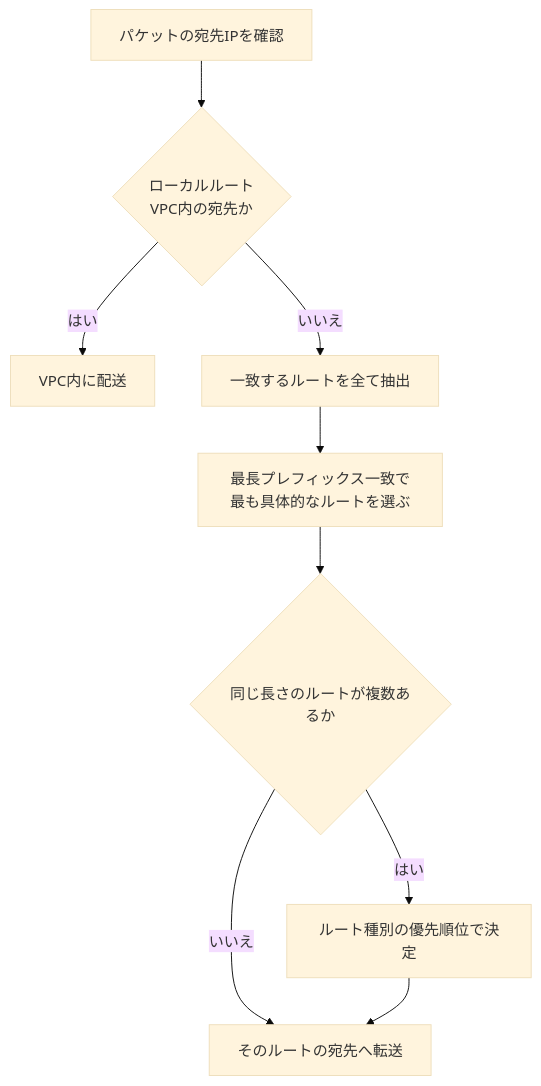
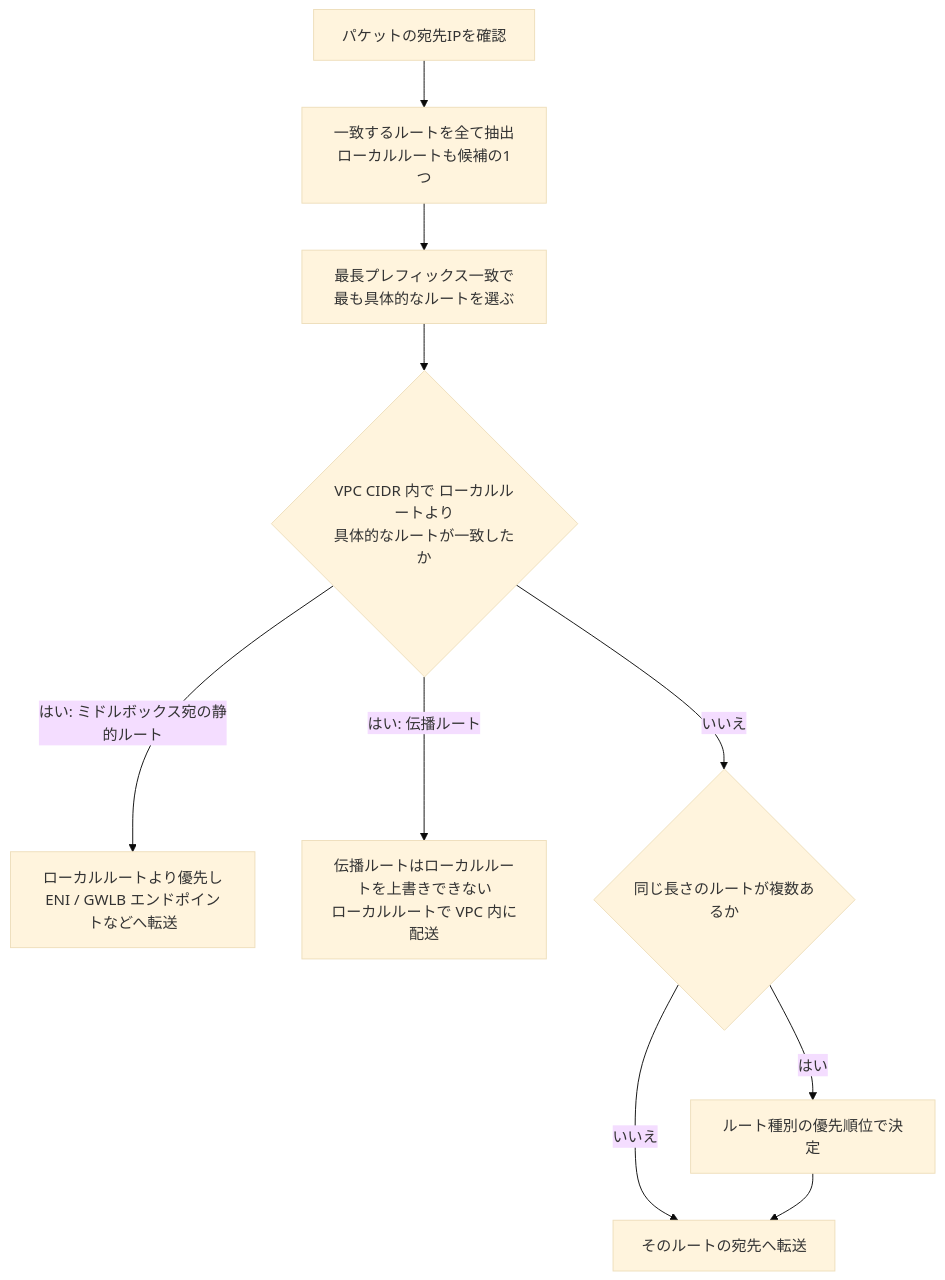
One commit to myoshi2891/Cloud-Infrastructure-and-Network-Studies changed the second of 26 diagrams in Ans-c01-domain3-network-management-operation-guide.md. Above: the diagram before and after it, drawn with Mermaid (base theme). The commit also changed 1 other file, not shown here.

Commit message:
docs(ans-c01-domain3): update route table evaluation flow diagram for VPC CIDR routing priority
- Clarify static middlebox routes vs propagated routes when matching more specific routes in VPC CIDR in Mermaid flowchart

````diff
--- a/Ans-c01-domain3-network-management-operation-guide.md
+++ b/Ans-c01-domain3-network-management-operation-guide.md
@@ -128,11 +128,12 @@
 ```mermaid
 flowchart TD
-    S["パケットの宛先IPを確認"] --> L{"ローカルルート<br/>VPC内の宛先か"}
-    L -- "はい" --> LR["VPC内に配送"]
-    L -- "いいえ" --> P["一致するルートを全て抽出"]
+    S["パケットの宛先IPを確認"] --> P["一致するルートを全て抽出<br/>ローカルルートも候補の1つ"]
     P --> M["最長プレフィックス一致で最も具体的なルートを選ぶ"]
-    M --> T{"同じ長さのルートが複数あるか"}
+    M --> X{"VPC CIDR 内で ローカルルートより<br/>具体的なルートが一致したか"}
+    X -- "はい: ミドルボックス宛の静的ルート" --> MB["ローカルルートより優先し<br/>ENI / GWLB エンドポイントなどへ転送"]
+    X -- "はい: 伝播ルート" --> LR["伝播ルートはローカルルートを上書きできない<br/>ローカルルートで VPC 内に配送"]
+    X -- "いいえ" --> T{"同じ長さのルートが複数あるか"}
     T -- "いいえ" --> OK["そのルートの宛先へ転送"]
     T -- "はい" --> PR["ルート種別の優先順位で決定"]
     PR --> OK
 ```
````
